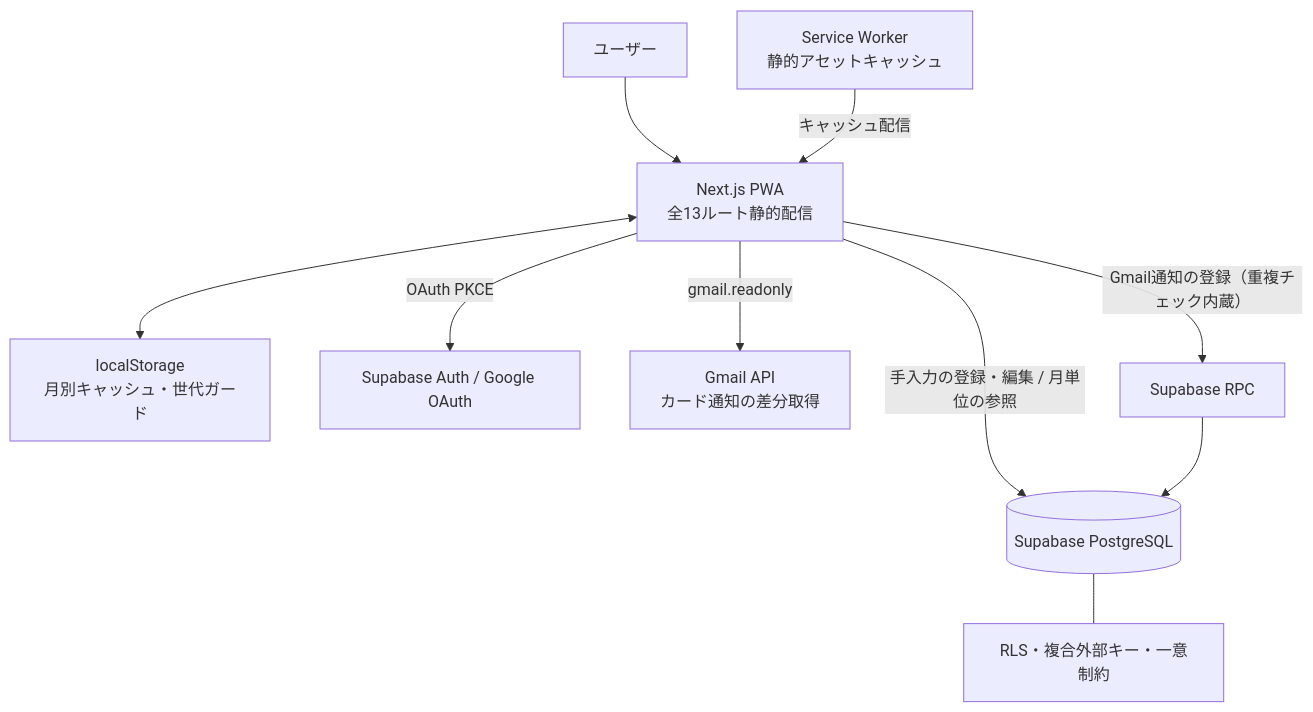
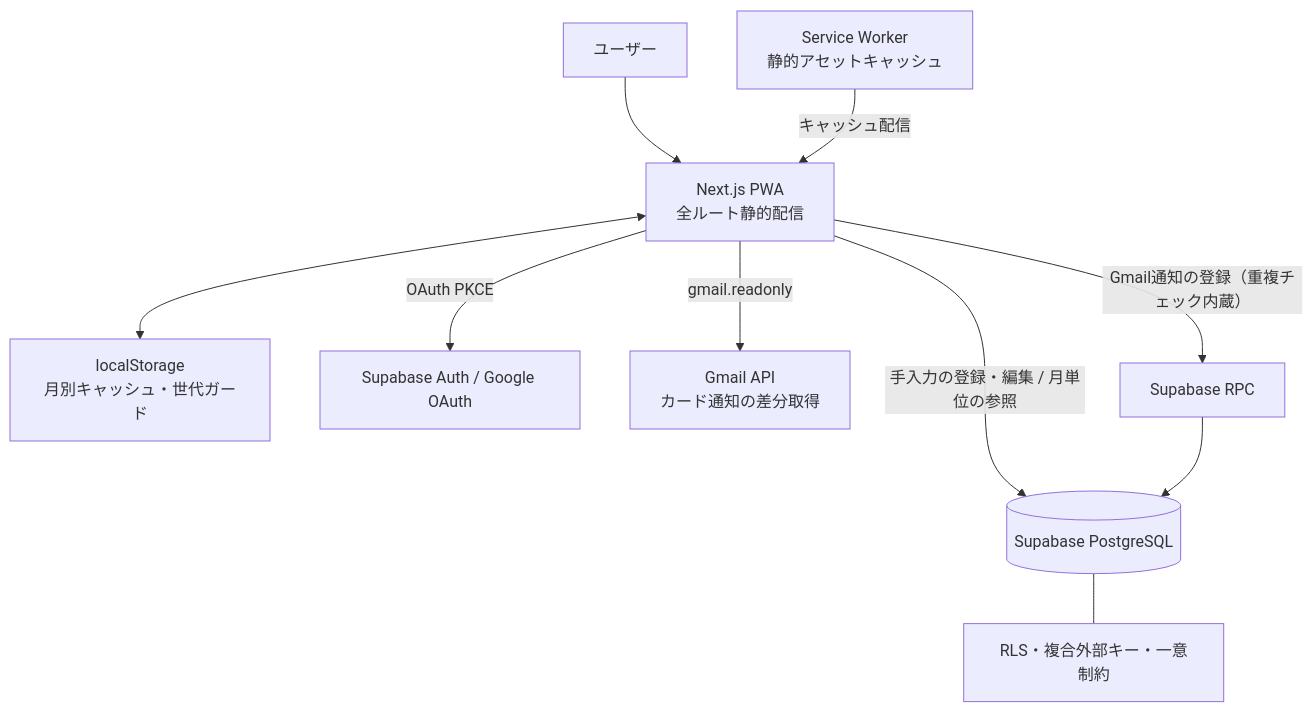
Before and after one commit to taiha1111gi-debug/kakeibo-demo: the second of 2 diagrams in README.md, drawn with Mermaid. The commit also changed other lines of this file and 5 other files, not shown here.

````diff
--- a/README.md
+++ b/README.md
@@ -47,14 +69,14 @@
 ```mermaid
 flowchart TD
-    U[ユーザー] --> P[Next.js PWA<br/>全13ルート静的配信]
+    U[ユーザー] --> P[Next.js PWA<br/>全ルート静的配信]
     W[Service Worker<br/>静的アセットキャッシュ] -->|キャッシュ配信| P
     P <--> C[localStorage<br/>月別キャッシュ・世代ガード]
 
     P -->|OAuth PKCE| A[Supabase Auth / Google OAuth]
     P -->|gmail.readonly| G[Gmail API<br/>カード通知の差分取得]
 
     P -->|手入力の登録・編集 / 月単位の参照| D[(Supabase PostgreSQL)]
     P -->|Gmail通知の登録（重複チェック内蔵）| R[Supabase RPC]
     R --> D
     D --- S[RLS・複合外部キー・一意制約]
 ```
````
